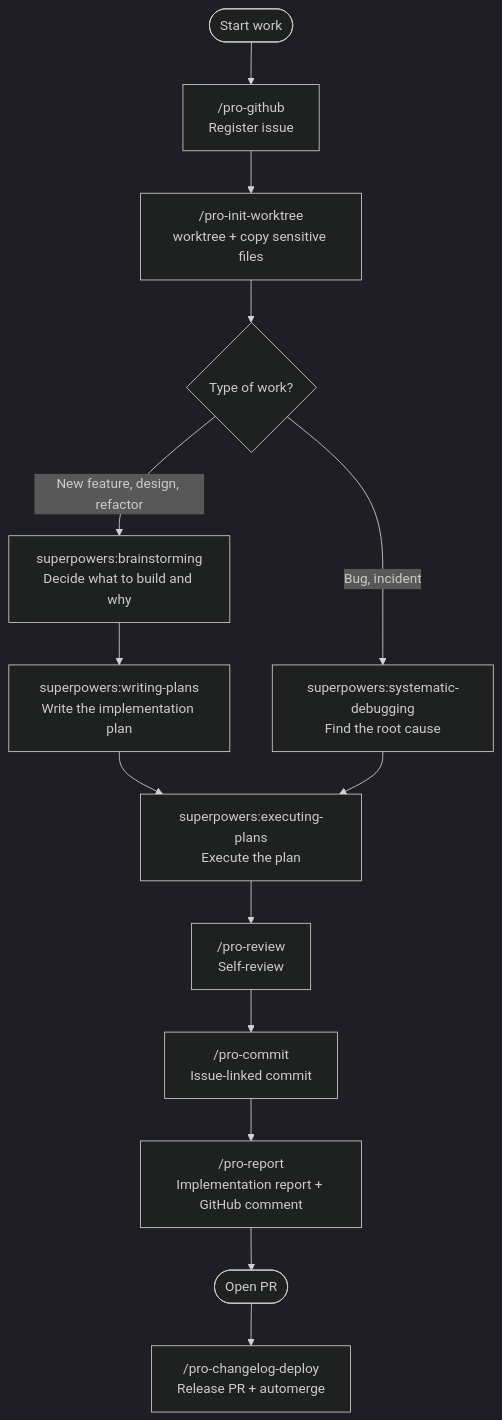
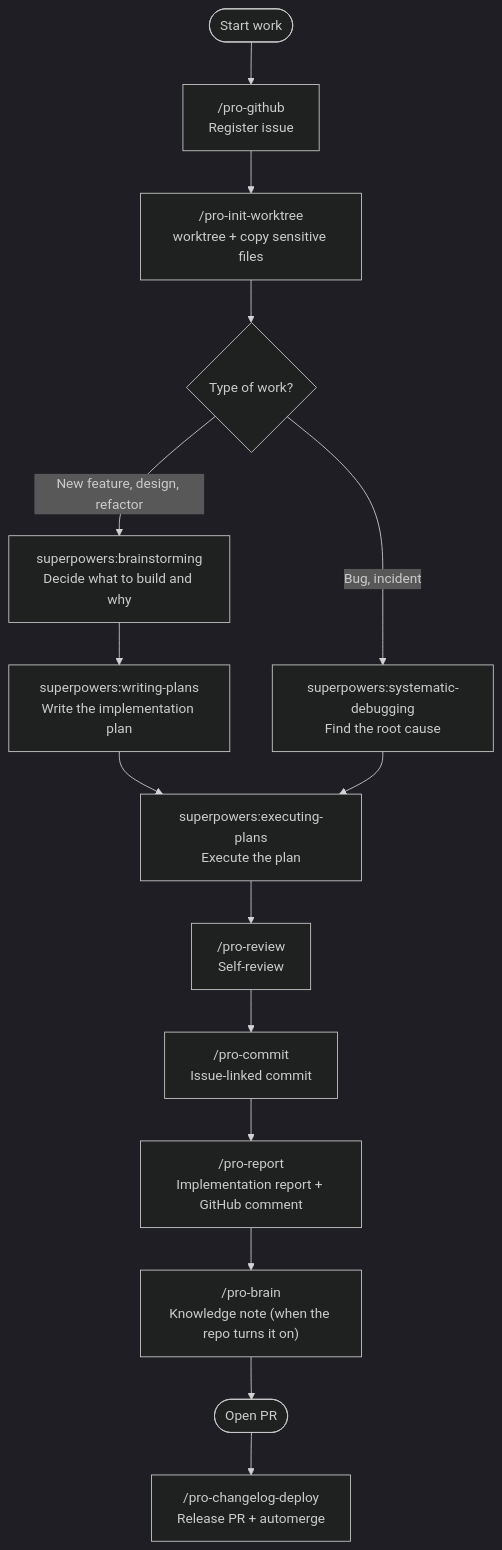
The diagram in docs/en/skills.md (Cassiiopeia/projectops), drawn with Mermaid (dark theme) before and after one commit. The commit also changed other lines of this file and 28 other files, not shown here.

````diff
--- a/docs/en/skills.md
+++ b/docs/en/skills.md
@@ -583,19 +597,20 @@
 ```mermaid
 flowchart TD
     A(["Start work"]) --> B["/pro-github<br/>Register issue"]
     B --> C["/pro-init-worktree<br/>worktree + copy sensitive files"]
     C --> D{"Type of work?"}
 
     D -->|New feature, design, refactor| E1["superpowers:brainstorming<br/>Decide what to build and why"]
     D -->|Bug, incident| E2["superpowers:systematic-debugging<br/>Find the root cause"]
 
     E1 --> F1["superpowers:writing-plans<br/>Write the implementation plan"]
     F1 --> G1["superpowers:executing-plans<br/>Execute the plan"]
     E2 --> G1
 
     G1 --> H["/pro-review<br/>Self-review"]
     H --> I["/pro-commit<br/>Issue-linked commit"]
     I --> J["/pro-report<br/>Implementation report + GitHub comment"]
-    J --> K(["Open PR"])
+    J --> J2["/pro-brain<br/>Knowledge note (when the repo turns it on)"]
+    J2 --> K(["Open PR"])
     K --> L["/pro-changelog-deploy<br/>Release PR + automerge"]
 ```
````
